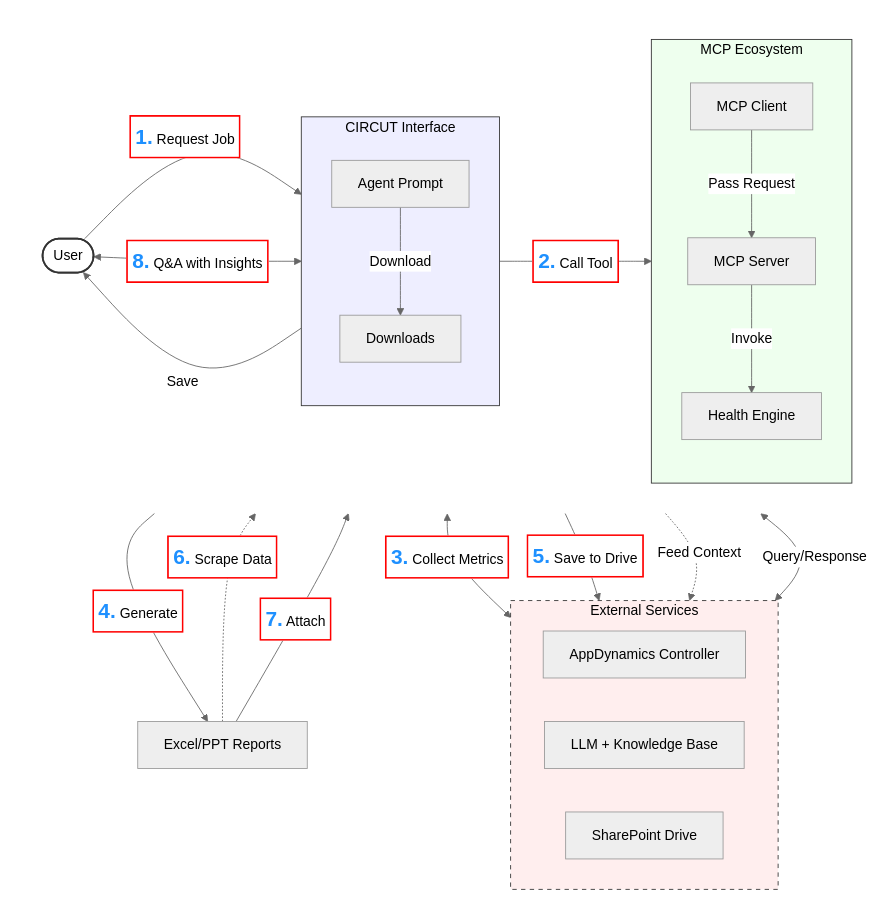
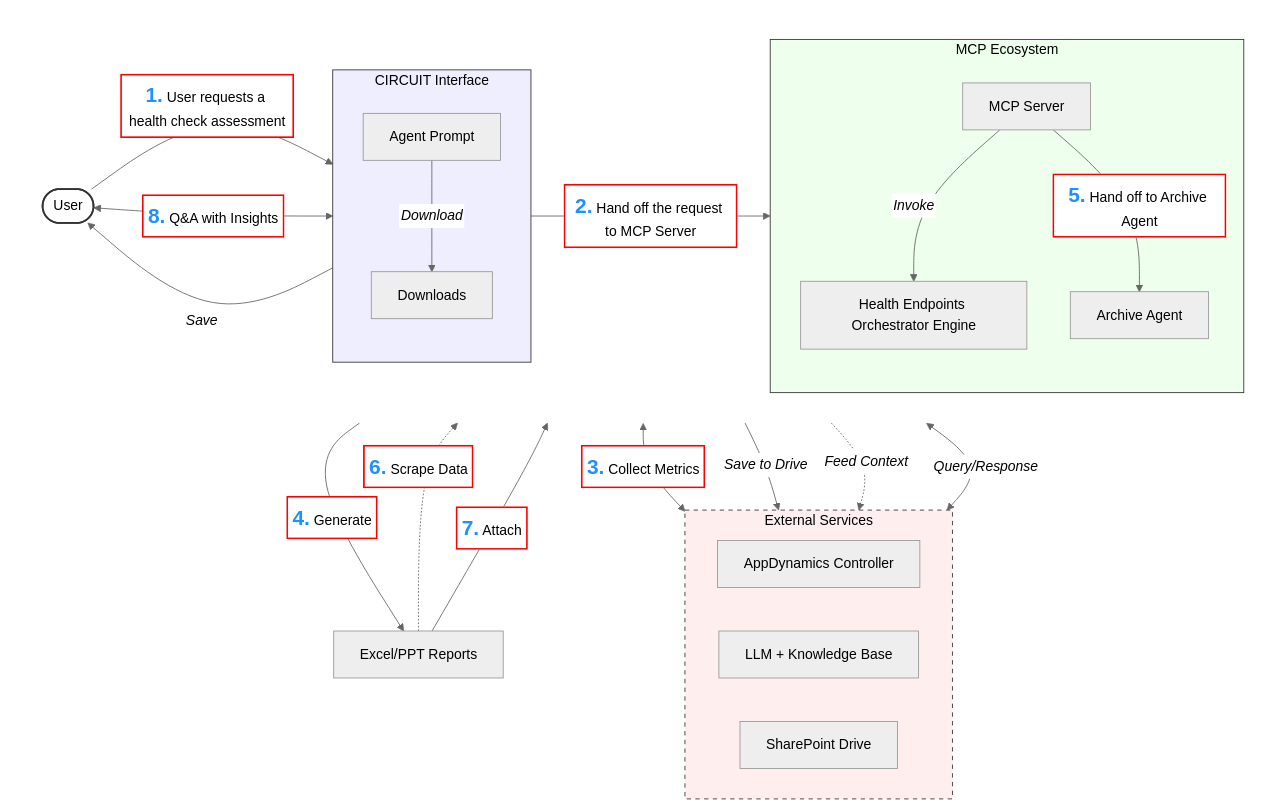
One commit to alexafshar/config-assessment-tool changed the diagram in architecture_diagram_advanced_health_check.md. Above: the diagram before and after it, drawn with Mermaid (neutral theme). The commit also changed 3 other files, not shown here.

````diff
--- a/architecture_diagram_advanced_health_check.md
+++ b/architecture_diagram_advanced_health_check.md
@@ -5,73 +5,73 @@
 ```mermaid
 flowchart TD
     %% Main Layout: User -> Interface -> MCP (Left-to-Right)
     subgraph TopRow [ ]
         direction LR
         style TopRow fill:transparent,stroke:none
         
         User([User])
 
-        subgraph Interface [CIRCUT Interface]
+        subgraph Interface [CIRCUIT Interface]
             direction TB
             Prompt[Agent Prompt]
             Downloads[Downloads]
         end
 
         subgraph MCP [MCP Ecosystem]
             direction TB
-            Client[MCP Client]
             Server[MCP Server]
-            Engine[Health Engine]
+            Engine[Health Endpoints Orchestrator Engine]
+            Archiver[Archive Agent]
         end
     end
 
     %% External Services at the bottom
     subgraph External [External Services]
         direction LR
         AppD[AppDynamics Controller]
         LLM[LLM + Knowledge Base]
         SharePoint[SharePoint Drive]
     end
     
     Reports[Excel/PPT Reports]
 
     %% -------------------
     %% Flow Definitions
     %% -------------------
 
     %% 1. Request
-    User -->|<div style='border:2px solid red; padding:5px; background:white; display:inline-block'><span style='color:DodgerBlue; font-size:24px; font-weight:bold'>1.</span> Request Job</div>| Prompt
+    User -->|<div style='border:2px solid red; padding:5px; background:white; display:inline-block; color:black'><span style='color:DodgerBlue; font-size:24px; font-weight:bold'>1.</span> User requests a health check assessment</div>| Prompt
     
     %% 2. Execution Chain
-    Prompt -->|<div style='border:2px solid red; padding:5px; background:white; display:inline-block'><span style='color:DodgerBlue; font-size:24px; font-weight:bold'>2.</span> Call Tool</div>| Client
-    Client -->|Pass Request| Server
-    Server -->|Invoke| Engine
+    Prompt -->|<div style='border:2px solid red; padding:5px; background:white; display:inline-block; color:black'><span style='color:DodgerBlue; font-size:24px; font-weight:bold'>2.</span> Hand off the request to MCP Server</div>| Server
+    Server -->|<div style='background:white; padding:2px; font-style:italic; color:black'>Invoke</div>| Engine
     
     %% 3. Metrics Collection (Engine -> External)
-    Engine <-->|<div style='border:2px solid red; padding:5px; background:white; display:inline-block'><span style='color:DodgerBlue; font-size:24px; font-weight:bold'>3.</span> Collect Metrics</div>| AppD
+    Engine <-->|<div style='border:2px solid red; padding:5px; background:white; display:inline-block; color:black'><span style='color:DodgerBlue; font-size:24px; font-weight:bold'>3.</span> Collect Metrics</div>| AppD
     
     %% 4. Report Generation
-    Engine -->|<div style='border:2px solid red; padding:5px; background:white; display:inline-block'><span style='color:DodgerBlue; font-size:24px; font-weight:bold'>4.</span> Generate</div>| Reports
+    Engine -->|<div style='border:2px solid red; padding:5px; background:white; display:inline-block; color:black'><span style='color:DodgerBlue; font-size:24px; font-weight:bold'>4.</span> Generate</div>| Reports
     
     %% 5. Archive to SharePoint
-    Client -->|<div style='border:2px solid red; padding:5px; background:white; display:inline-block'><span style='color:DodgerBlue; font-size:24px; font-weight:bold'>5.</span> Save to Drive</div>| SharePoint
+    Server -->|<div style='border:2px solid red; padding:5px; background:white; display:inline-block; color:black'><span style='color:DodgerBlue; font-size:24px; font-weight:bold'>5.</span> Hand off to Archive Agent</div>| Archiver
+    Archiver -->|<div style='background:white; padding:2px; font-style:italic; color:black'>Save to Drive</div>| SharePoint
 
     %% 6. Feedback Loop
-    Reports -.->|<div style='border:2px solid red; padding:5px; background:white; display:inline-block'><span style='color:DodgerBlue; font-size:24px; font-weight:bold'>6.</span> Scrape Data</div>| Client
-    Client -.->|Feed Context| LLM
+    Reports -.->|<div style='border:2px solid red; padding:5px; background:white; display:inline-block; color:black'><span style='color:DodgerBlue; font-size:24px; font-weight:bold'>6.</span> Scrape Data</div>| Server
+    Server -.->|<div style='background:white; padding:2px; font-style:italic; color:black'>Feed Context</div>| LLM
     
     %% 7. Delivery
-    Reports -->|<div style='border:2px solid red; padding:5px; background:white; display:inline-block'><span style='color:DodgerBlue; font-size:24px; font-weight:bold'>7.</span> Attach</div>| Prompt
-    Prompt -->|Download| Downloads
-    Downloads -->|Save| User
+    Reports -->|<div style='border:2px solid red; padding:5px; background:white; display:inline-block; color:black'><span style='color:DodgerBlue; font-size:24px; font-weight:bold'>7.</span> Attach</div>| Prompt
+    Prompt -->|<div style='background:white; padding:2px; font-style:italic; color:black'>Download</div>| Downloads
+    Downloads -->|<div style='background:white; padding:2px; font-style:italic; color:black'>Save</div>| User
 
     %% 8. Insights (User -> Prompt -> LLM)
-    User <-->|<div style='border:2px solid red; padding:5px; background:white; display:inline-block'><span style='color:DodgerBlue; font-size:24px; font-weight:bold'>8.</span> Q&A with Insights</div>| Prompt
-    Prompt <-->|Query/Response| LLM
+    User <-->|<div style='border:2px solid red; padding:5px; background:white; display:inline-block; color:black'><span style='color:DodgerBlue; font-size:24px; font-weight:bold'>8.</span> Q&A with Insights</div>| Prompt
+    Prompt <-->|<div style='background:white; padding:2px; font-style:italic; color:black'>Query/Response</div>| LLM
 
     %% Styling
     style User fill:#fff,stroke:#333,stroke-width:2px
     style Interface fill:#eef,stroke:#333,color:#000
     style MCP fill:#efe,stroke:#333,color:#000
     style External fill:#fee,stroke:#333,stroke-dasharray: 5 5,color:#000
 ```
````
